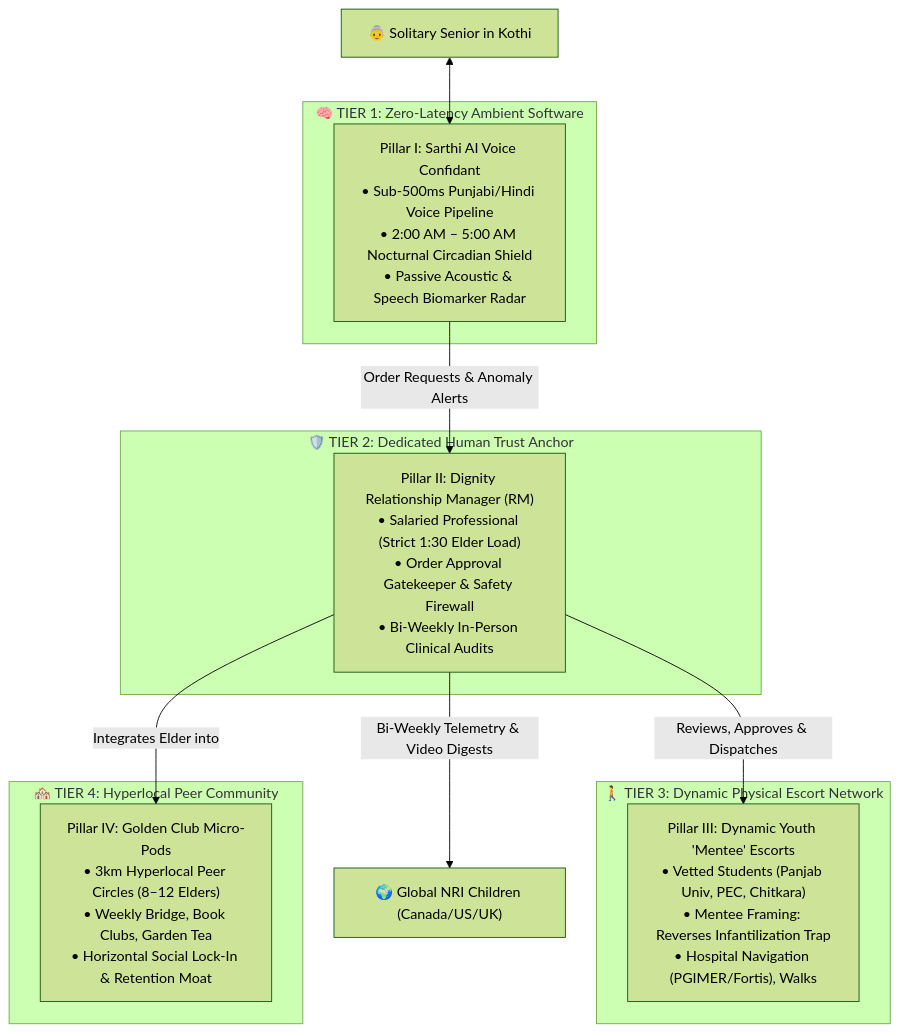
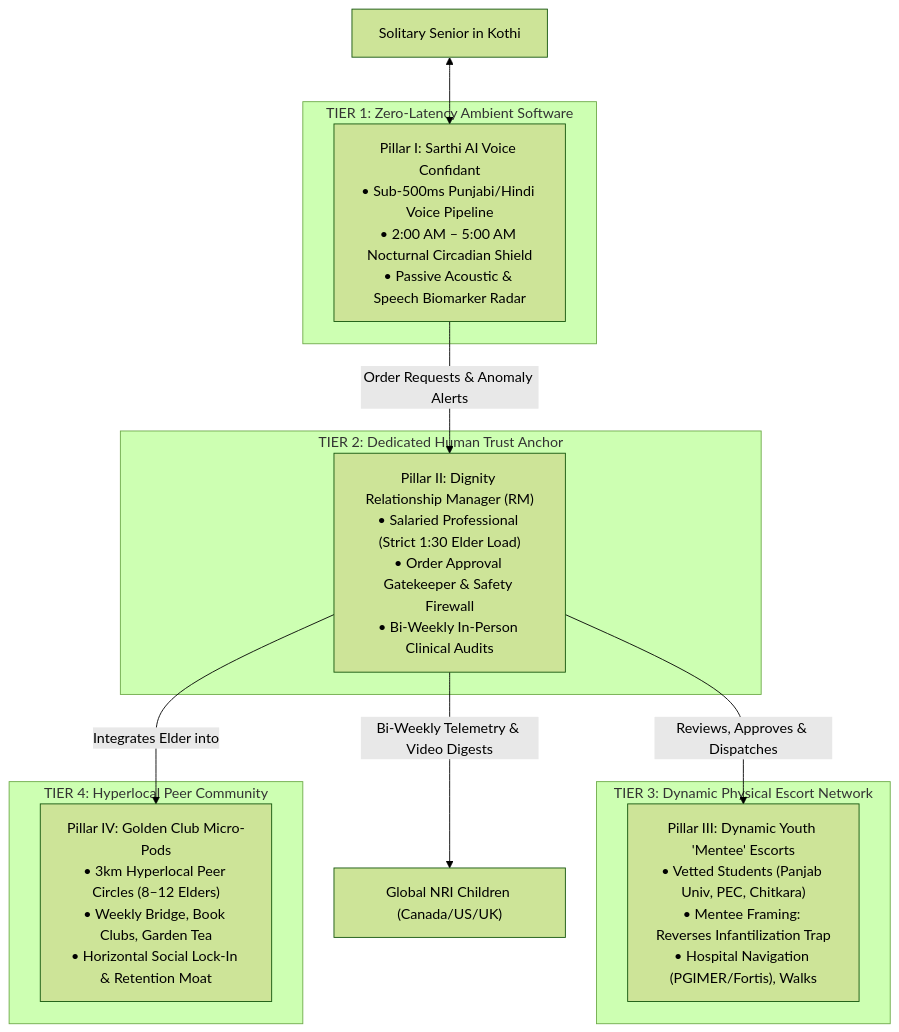
The diagram in wiki/src/content/docs/book/03-the-4-pillar-solution.md (sagar-anmol/gcfp), drawn with Mermaid (forest theme) before and after one commit. The commit also changed other lines of this file and 20 other files, not shown here.

````diff
--- a/wiki/src/content/docs/book/03-the-4-pillar-solution.md
+++ b/wiki/src/content/docs/book/03-the-4-pillar-solution.md
@@ -14,26 +14,26 @@
 ```mermaid
 flowchart TD
-    Elder["👵 Solitary Senior in Kothi"]
+ Elder["Solitary Senior in Kothi"]
 
-    subgraph Tier_1 ["🧠 TIER 1: Zero-Latency Ambient Software"]
+ subgraph Tier_1 ["TIER 1: Zero-Latency Ambient Software"]
         P1["Pillar I: Sarthi AI Voice Confidant\n• Sub-500ms Punjabi/Hindi Voice Pipeline\n• 2:00 AM – 5:00 AM Nocturnal Circadian Shield\n• Passive Acoustic & Speech Biomarker Radar"]
     end
 
-    subgraph Tier_2 ["🛡️ TIER 2: Dedicated Human Trust Anchor"]
+ subgraph Tier_2 ["TIER 2: Dedicated Human Trust Anchor"]
         P2["Pillar II: Dignity Relationship Manager (RM)\n• Salaried Professional (Strict 1:30 Elder Load)\n• Order Approval Gatekeeper & Safety Firewall\n• Bi-Weekly In-Person Clinical Audits"]
     end
 
-    subgraph Tier_3 ["🚶 TIER 3: Dynamic Physical Escort Network"]
+ subgraph Tier_3 ["TIER 3: Dynamic Physical Escort Network"]
         P3["Pillar III: Dynamic Youth 'Mentee' Escorts\n• Vetted Students (Panjab Univ, PEC, Chitkara)\n• Mentee Framing: Reverses Infantilization Trap\n• Hospital Navigation (PGIMER/Fortis), Walks"]
     end
 
-    subgraph Tier_4 ["🏘️ TIER 4: Hyperlocal Peer Community"]
+ subgraph Tier_4 ["TIER 4: Hyperlocal Peer Community"]
         P4["Pillar IV: Golden Club Micro-Pods\n• 3km Hyperlocal Peer Circles (8–12 Elders)\n• Weekly Bridge, Book Clubs, Garden Tea\n• Horizontal Social Lock-In & Retention Moat"]
     end
 
     Elder <--> P1
     P1 -->|Order Requests & Anomaly Alerts| P2
     P2 -->|Reviews, Approves & Dispatches| P3
     P2 -->|Integrates Elder into| P4
-    P2 -->|Bi-Weekly Telemetry & Video Digests| Diaspora["🌍 Global NRI Children (Canada/US/UK)"]
+ P2 -->|Bi-Weekly Telemetry & Video Digests| Diaspora["Global NRI Children (Canada/US/UK)"]
 ```
````
